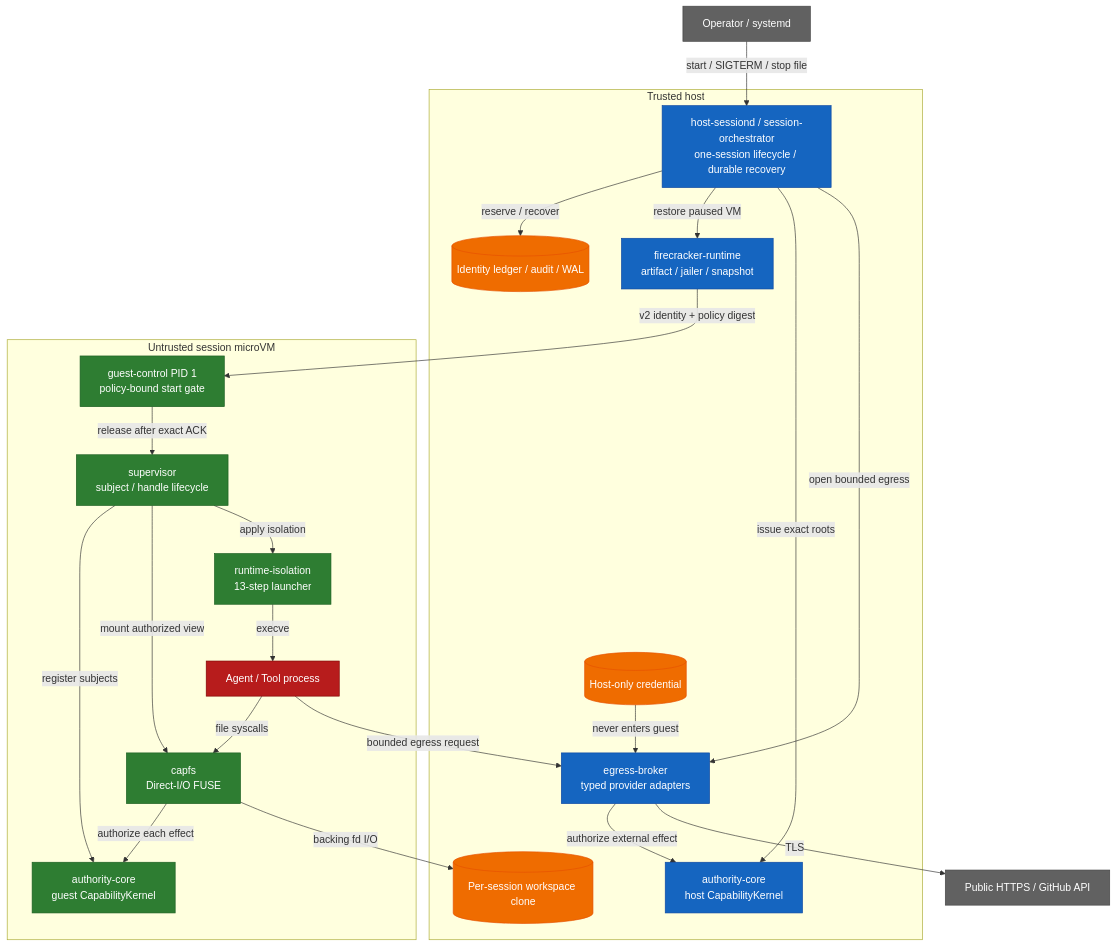
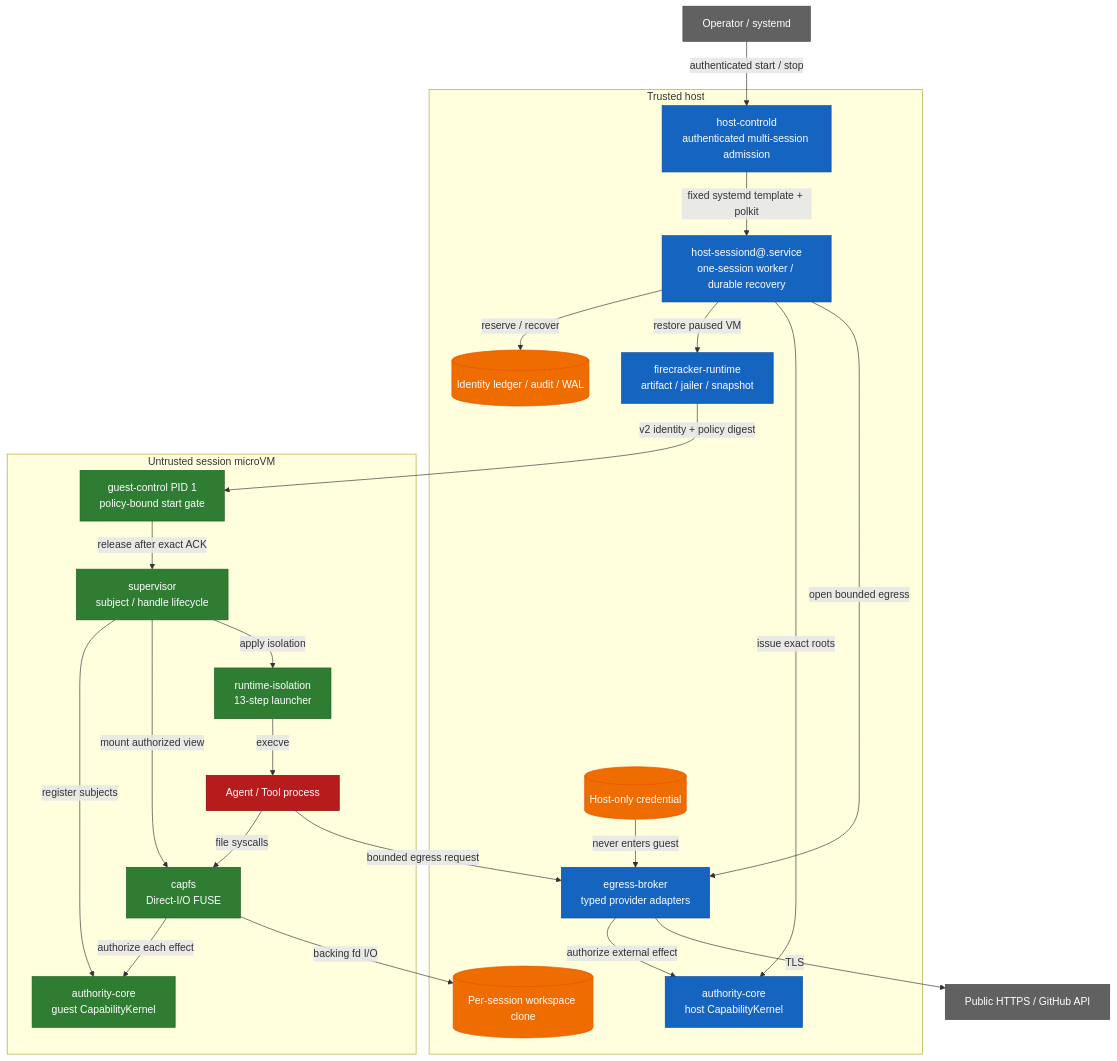
The diagram in README.md (Aqua-218/SecCamp-AIAgent), drawn with Mermaid before and after one commit. The commit also changed other lines of this file, not shown here.

Commit message:
docs(readme): record the control plane's verified and unverified halves

````diff
--- a/README.md
+++ b/README.md
@@ -58,54 +58,56 @@
 ```mermaid
 flowchart TB
     operator["Operator / systemd"]
     external["Public HTTPS / GitHub API"]
 
     subgraph host["Trusted host"]
-        orchestrator["host-sessiond / session-orchestrator<br/>one-session lifecycle / durable recovery"]
+        controller["host-controld<br/>authenticated multi-session admission"]
+        orchestrator["host-sessiond@.service<br/>one-session worker / durable recovery"]
         hostAuthority["authority-core<br/>host CapabilityKernel"]
         runtime["firecracker-runtime<br/>artifact / jailer / snapshot"]
         broker["egress-broker<br/>typed provider adapters"]
         ledger[("Identity ledger / audit / WAL")]
         credential[("Host-only credential")]
         workspace[("Per-session workspace clone")]
     end
 
     subgraph guest["Untrusted session microVM"]
         guestControl["guest-control PID 1<br/>policy-bound start gate"]
         supervisor["supervisor<br/>subject / handle lifecycle"]
         guestAuthority["authority-core<br/>guest CapabilityKernel"]
         capfs["capfs<br/>Direct-I/O FUSE"]
         isolation["runtime-isolation<br/>13-step launcher"]
         agent["Agent / Tool process"]
     end
 
-    operator -->|"start / SIGTERM / stop file"| orchestrator
+    operator -->|"authenticated start / stop"| controller
+    controller -->|"fixed systemd template + polkit"| orchestrator
     orchestrator -->|"reserve / recover"| ledger
     orchestrator -->|"restore paused VM"| runtime
     orchestrator -->|"issue exact roots"| hostAuthority
     orchestrator -->|"open bounded egress"| broker
     runtime -->|"v2 identity + policy digest"| guestControl
     guestControl -->|"release after exact ACK"| supervisor
     supervisor -->|"register subjects"| guestAuthority
     supervisor -->|"mount authorized view"| capfs
     supervisor -->|"apply isolation"| isolation
     isolation -->|"execve"| agent
     agent -->|"file syscalls"| capfs
     capfs -->|"authorize each effect"| guestAuthority
     capfs -->|"backing fd I/O"| workspace
     agent -->|"bounded egress request"| broker
     broker -->|"authorize external effect"| hostAuthority
     credential -->|"never enters guest"| broker
     broker -->|"TLS"| external
 
     classDef trusted fill:#1565c0,color:#fff,stroke:#0d47a1;
     classDef guestService fill:#2e7d32,color:#fff,stroke:#1b5e20;
     classDef untrusted fill:#b71c1c,color:#fff,stroke:#7f0000;
     classDef storage fill:#ef6c00,color:#fff,stroke:#e65100;
     classDef outside fill:#616161,color:#fff,stroke:#424242;
-    class orchestrator,hostAuthority,runtime,broker trusted;
+    class controller,orchestrator,hostAuthority,runtime,broker trusted;
     class guestControl,supervisor,guestAuthority,capfs,isolation guestService;
     class agent untrusted;
     class ledger,credential,workspace storage;
     class operator,external outside;
 ```
````
